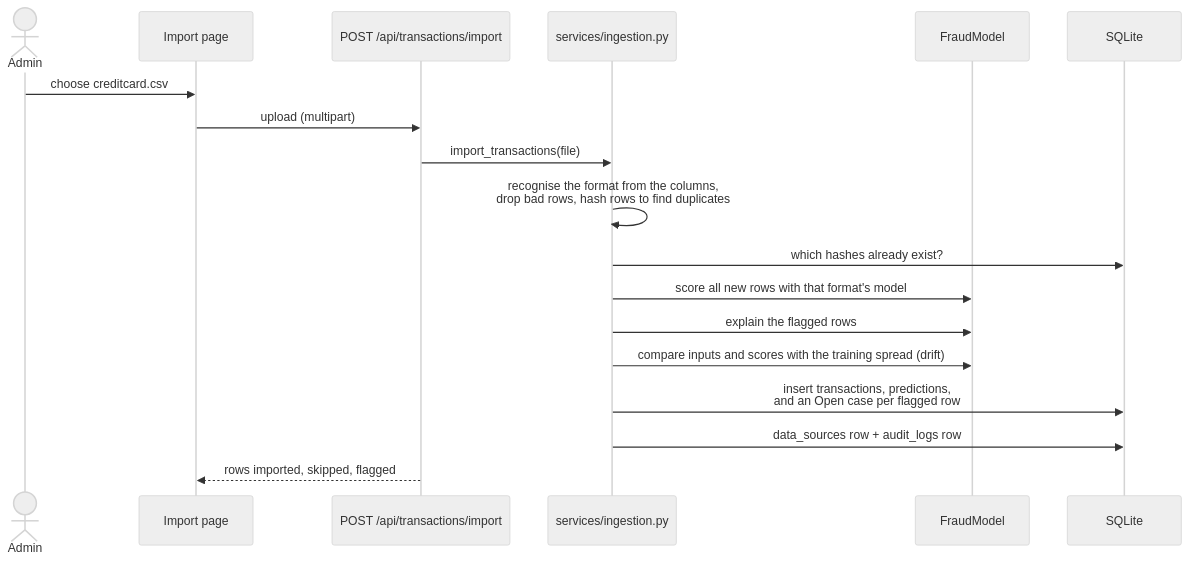
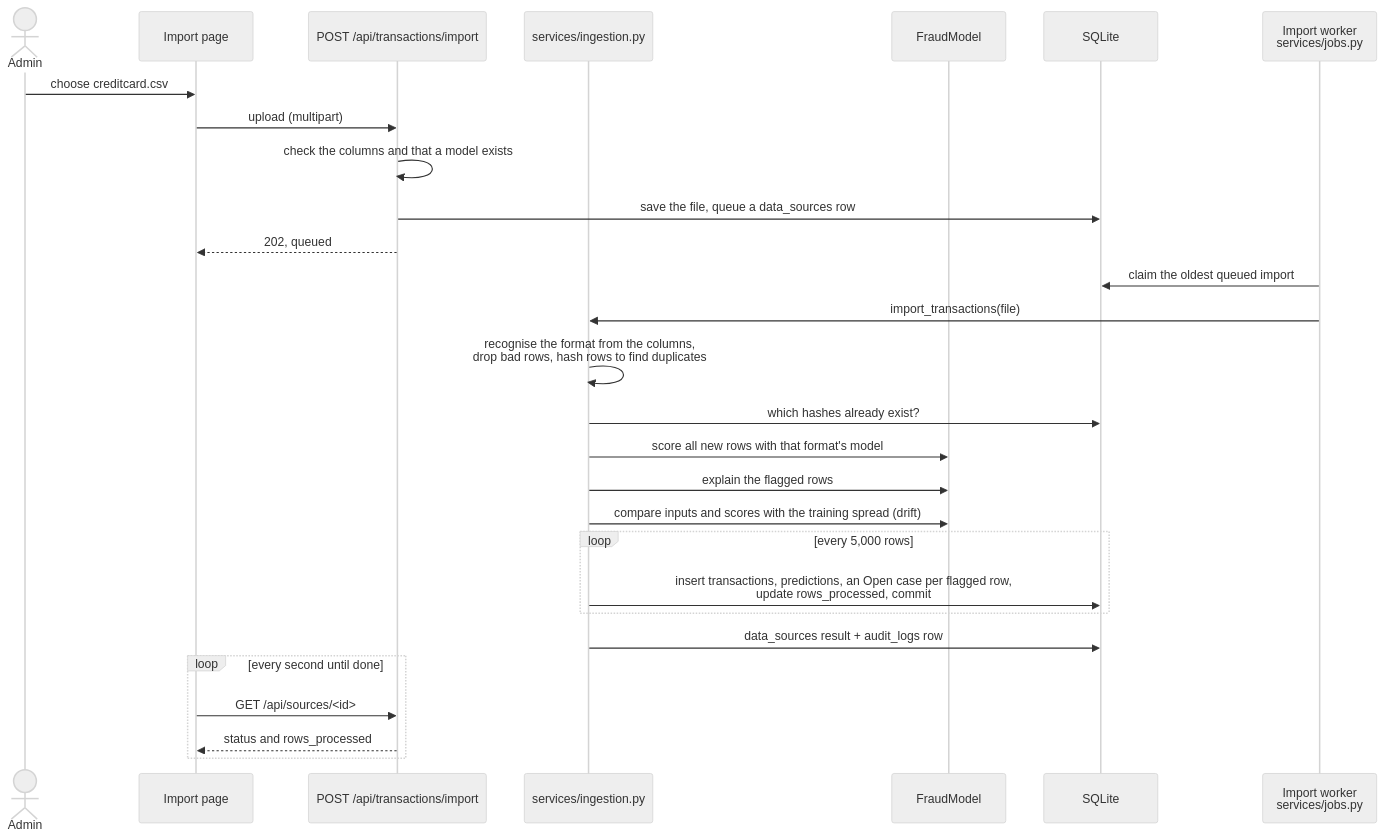
The second of 3 diagrams in docs/ARCHITECTURE.md (Im-manojkumar/Secure-Bank), drawn with Mermaid (neutral theme) before and after one commit. The commit also changed other lines of this file and 16 other files, not shown here.

````diff
--- a/docs/ARCHITECTURE.md
+++ b/docs/ARCHITECTURE.md
@@ -42,21 +42,32 @@
 ```mermaid
 sequenceDiagram
     actor Admin
     participant Page as Import page
     participant API as POST /api/transactions/import
     participant Ingest as services/ingestion.py
     participant Model as FraudModel
     participant DB as SQLite
 
+    participant Worker as Import worker<br/>services/jobs.py
+
     Admin->>Page: choose creditcard.csv
     Page->>API: upload (multipart)
-    API->>Ingest: import_transactions(file)
+    API->>API: check the columns and that a model exists
+    API->>DB: save the file, queue a data_sources row
+    API-->>Page: 202, queued
+    Worker->>DB: claim the oldest queued import
+    Worker->>Ingest: import_transactions(file)
     Ingest->>Ingest: recognise the format from the columns,<br/>drop bad rows, hash rows to find duplicates
     Ingest->>DB: which hashes already exist?
     Ingest->>Model: score all new rows with that format's model
     Ingest->>Model: explain the flagged rows
     Ingest->>Model: compare inputs and scores with the training spread (drift)
-    Ingest->>DB: insert transactions, predictions,<br/>and an Open case per flagged row
-    Ingest->>DB: data_sources row + audit_logs row
-    API-->>Page: rows imported, skipped, flagged
+    loop every 5,000 rows
+        Ingest->>DB: insert transactions, predictions, an Open case per flagged row,<br/>update rows_processed, commit
+    end
+    Ingest->>DB: data_sources result + audit_logs row
+    loop every second until done
+        Page->>API: GET /api/sources/<id>
+        API-->>Page: status and rows_processed
+    end
 ```
````
